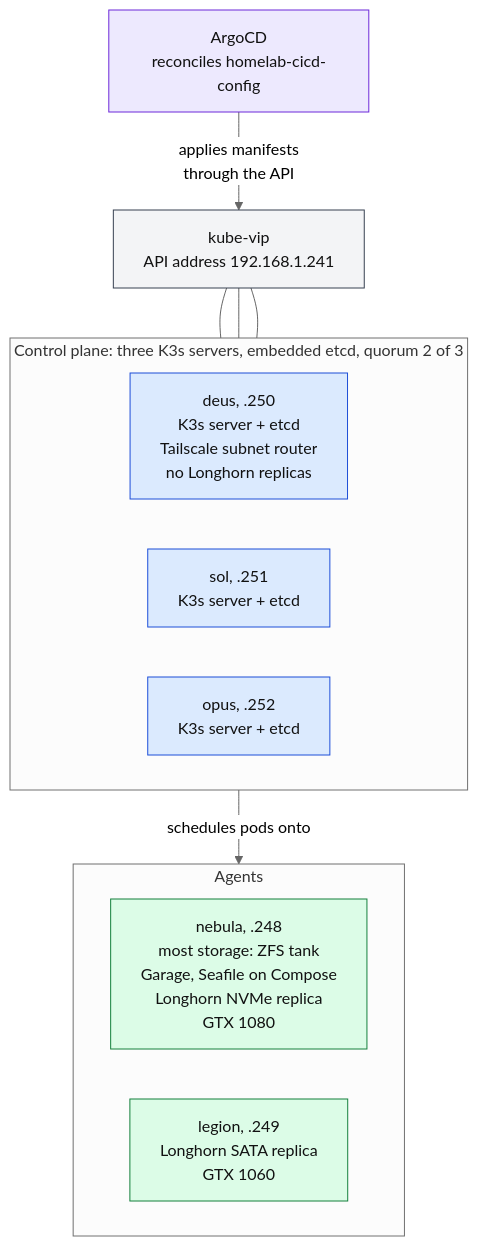
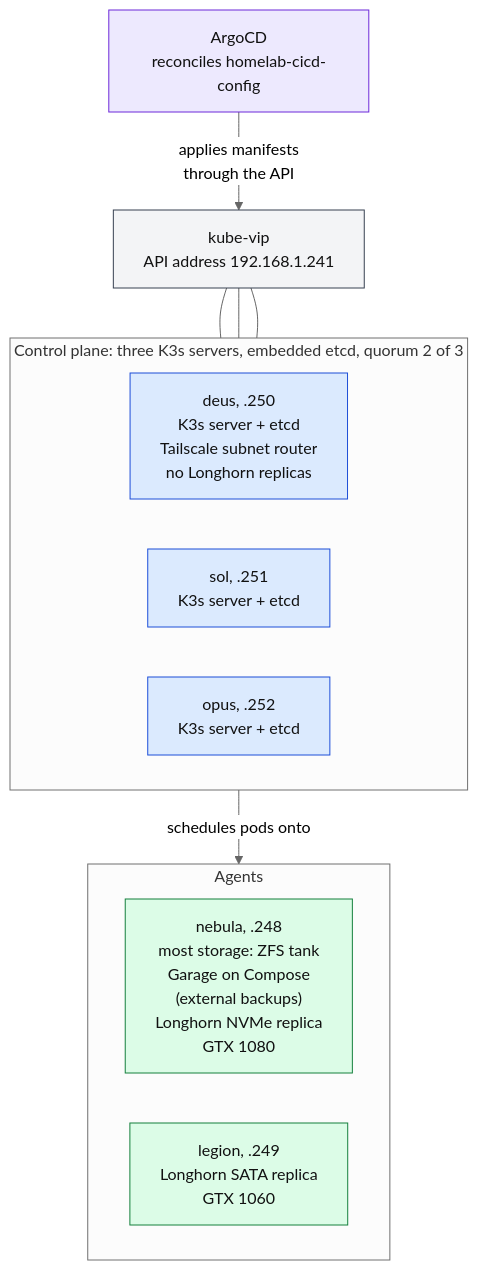
Before and after one commit to home-compute-cluster/docs: the second of 5 diagrams in docs/system-architecture/home-cluster.md, drawn with Mermaid (neutral theme). The commit also changed other lines of this file and 1 other file, not shown here.

First line of the commit message:
Record Seafile in K3s and Garage as the external backup

````diff
--- a/docs/system-architecture/home-cluster.md
+++ b/docs/system-architecture/home-cluster.md
@@ -157,35 +157,35 @@
 ```mermaid
 flowchart TB
     subgraph cp["Control plane: three K3s servers, embedded etcd, quorum 2 of 3"]
         direction LR
         deus["deus, .250<br/>K3s server + etcd<br/>Tailscale subnet router<br/>no Longhorn replicas"]
         sol["sol, .251<br/>K3s server + etcd"]
         opus["opus, .252<br/>K3s server + etcd"]
     end
 
     vip["kube-vip<br/>API address 192.168.1.241"]
 
     subgraph agents["Agents"]
         direction LR
-        nebula["nebula, .248<br/>most storage: ZFS tank<br/>Garage, Seafile on Compose<br/>Longhorn NVMe replica<br/>GTX 1080"]
+        nebula["nebula, .248<br/>most storage: ZFS tank<br/>Garage on Compose<br/>(external backups)<br/>Longhorn NVMe replica<br/>GTX 1080"]
         legion["legion, .249<br/>Longhorn SATA replica<br/>GTX 1060"]
     end
 
     argo["ArgoCD<br/>reconciles homelab-cicd-config"]
 
     vip --- deus
     vip --- sol
     vip --- opus
     argo -->|"applies manifests<br/>through the API"| vip
     cp -->|"schedules pods onto"| agents
 
     classDef control fill:#dbeafe,stroke:#1d4ed8,color:#111
     classDef worker fill:#dcfce7,stroke:#15803d,color:#111
     classDef git fill:#ede9fe,stroke:#6d28d9,color:#111
     classDef vipc fill:#f3f4f6,stroke:#374151,color:#111
 
     class deus,sol,opus control
     class nebula,legion worker
     class argo git
     class vip vipc
 ```
````
